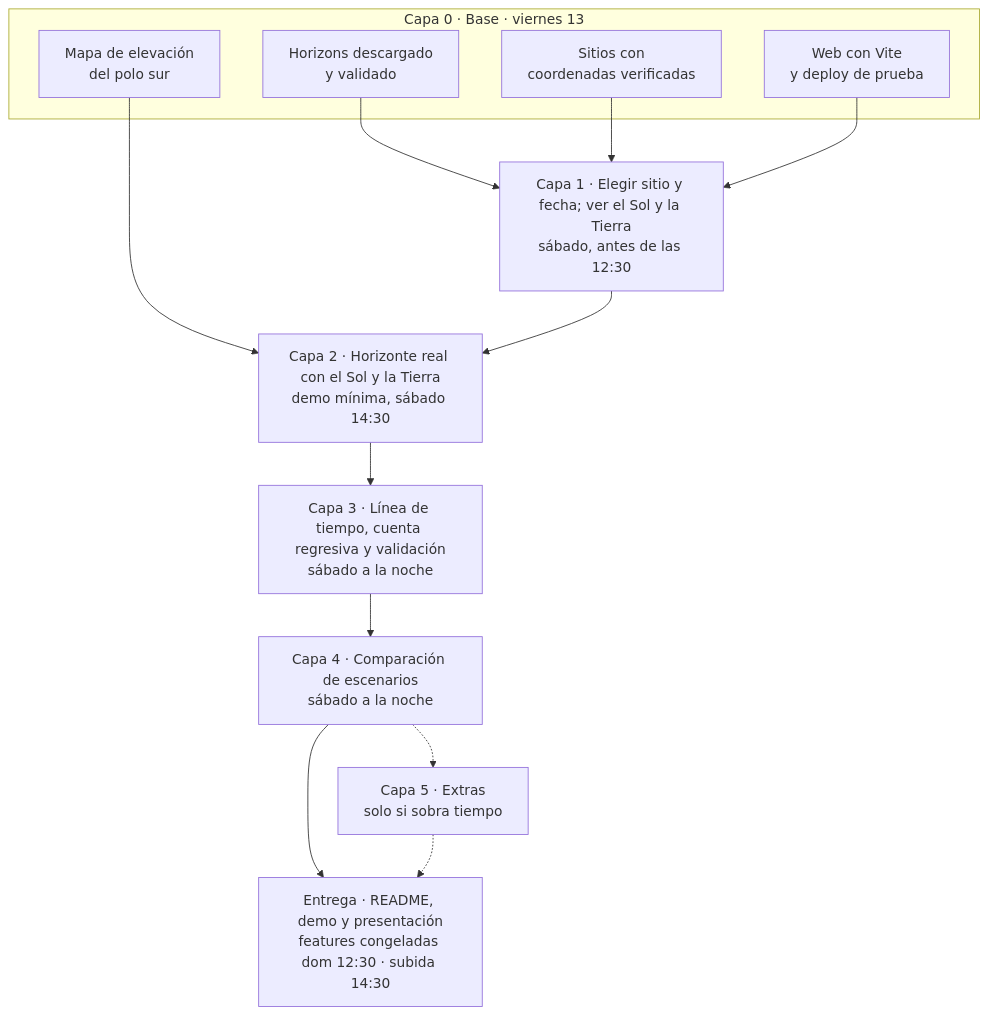
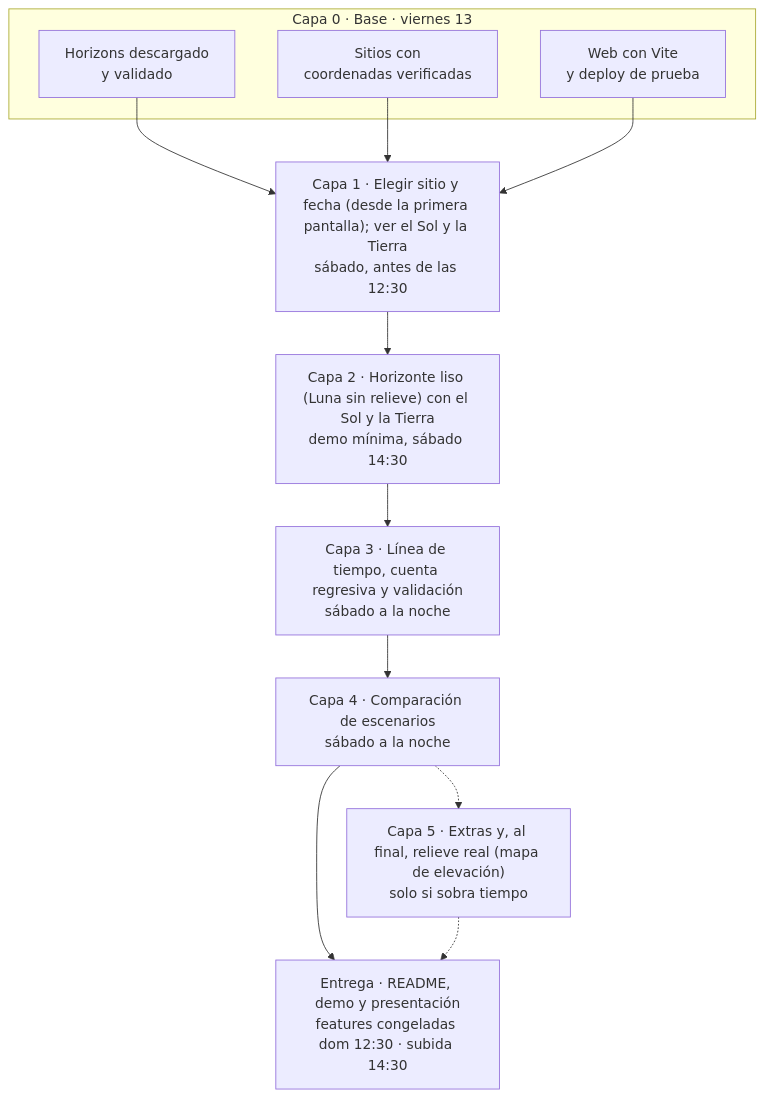
One commit to VainstubTomas/NASA-APP-CHALLENGE changed the diagram in README.md. Above: the diagram before and after it, drawn with Mermaid. The commit also changed 12 other files, not shown here.

First line of the commit message:
docs(roadmap): start with smooth Moon, add date input first and move terrain relief to last layer

````diff
--- a/README.md
+++ b/README.md
@@ -19,22 +19,20 @@
 ```mermaid
 flowchart TD
     subgraph C0["Capa 0 · Base · viernes 13"]
         H["Horizons descargado<br/>y validado"]
-        M["Mapa de elevación<br/>del polo sur"]
         S["Sitios con<br/>coordenadas verificadas"]
         W["Web con Vite<br/>y deploy de prueba"]
     end
-    C1["Capa 1 · Elegir sitio y fecha; ver el Sol y la Tierra<br/>sábado, antes de las 12:30"]
-    C2["Capa 2 · Horizonte real con el Sol y la Tierra<br/>demo mínima, sábado 14:30"]
+    C1["Capa 1 · Elegir sitio y fecha (desde la primera pantalla); ver el Sol y la Tierra<br/>sábado, antes de las 12:30"]
+    C2["Capa 2 · Horizonte liso (Luna sin relieve) con el Sol y la Tierra<br/>demo mínima, sábado 14:30"]
     C3["Capa 3 · Línea de tiempo, cuenta regresiva y validación<br/>sábado a la noche"]
     C4["Capa 4 · Comparación de escenarios<br/>sábado a la noche"]
-    C5["Capa 5 · Extras<br/>solo si sobra tiempo"]
+    C5["Capa 5 · Extras y, al final, relieve real (mapa de elevación)<br/>solo si sobra tiempo"]
     E["Entrega · README, demo y presentación<br/>features congeladas dom 12:30 · subida 14:30"]
 
     H --> C1
     S --> C1
     W --> C1
-    M --> C2
     C1 --> C2 --> C3 --> C4 --> E
     C4 -.-> C5 -.-> E
 ```
````
